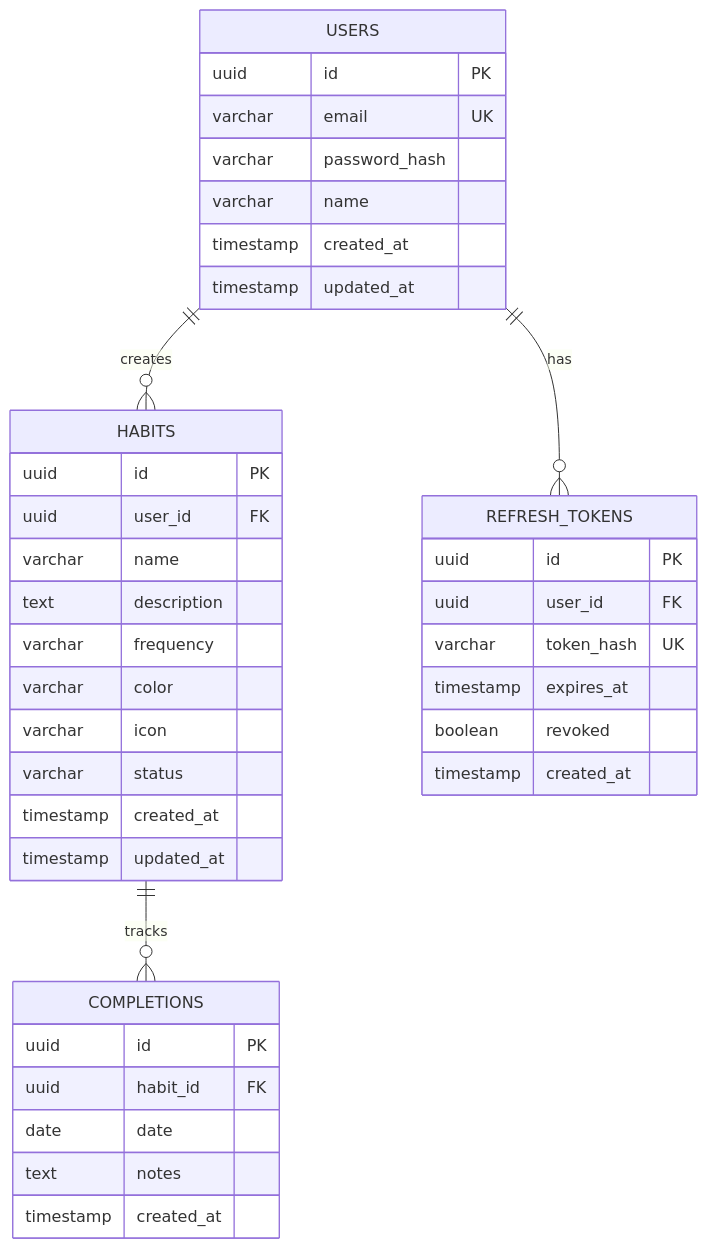
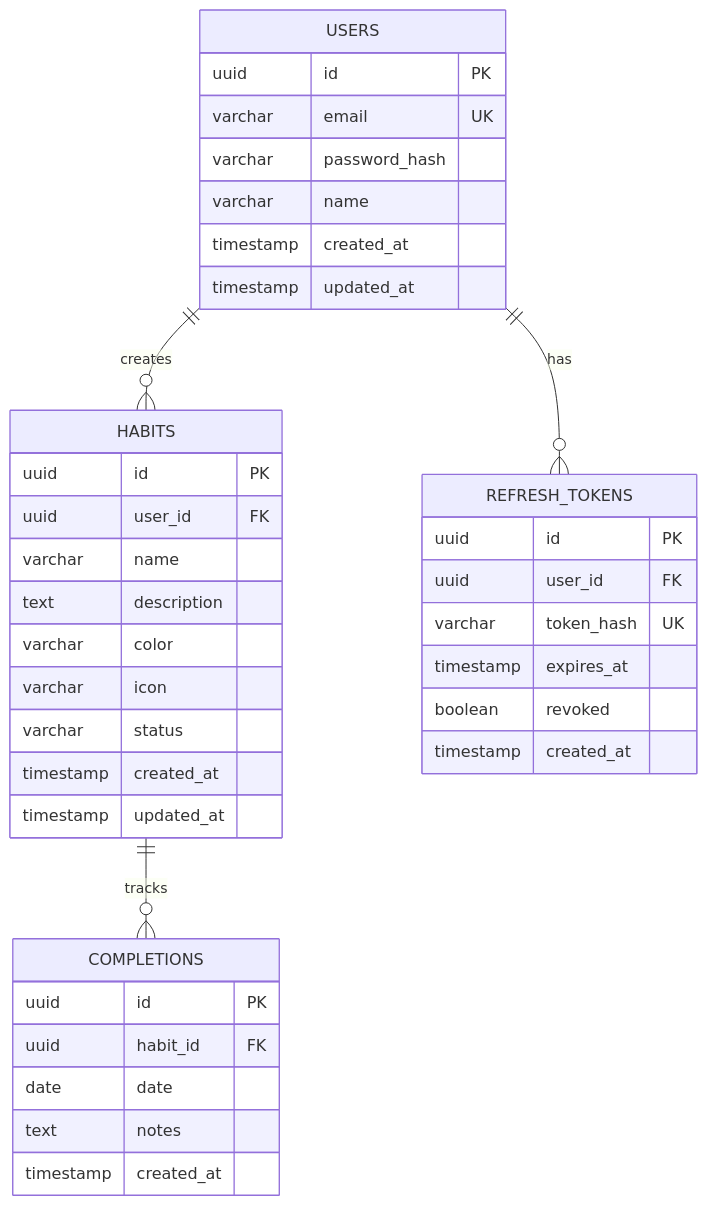
Before and after one commit to adamwolfers/habitcraft: the diagram in shared/database/README.md, drawn with Mermaid. The commit also changed other lines of this file and 42 other files, not shown here.

````diff
--- a/shared/database/README.md
+++ b/shared/database/README.md
@@ -138,45 +137,44 @@
 ```mermaid
 erDiagram
     USERS ||--o{ HABITS : creates
     HABITS ||--o{ COMPLETIONS : tracks
     USERS ||--o{ REFRESH_TOKENS : has
 
     USERS {
         uuid id PK
         varchar email UK
         varchar password_hash
         varchar name
         timestamp created_at
         timestamp updated_at
     }
 
     HABITS {
         uuid id PK
         uuid user_id FK
         varchar name
         text description
-        varchar frequency
         varchar color
         varchar icon
         varchar status
         timestamp created_at
         timestamp updated_at
     }
 
     COMPLETIONS {
         uuid id PK
         uuid habit_id FK
         date date
         text notes
         timestamp created_at
     }
 
     REFRESH_TOKENS {
         uuid id PK
         uuid user_id FK
         varchar token_hash UK
         timestamp expires_at
         boolean revoked
         timestamp created_at
     }
 ```
````
